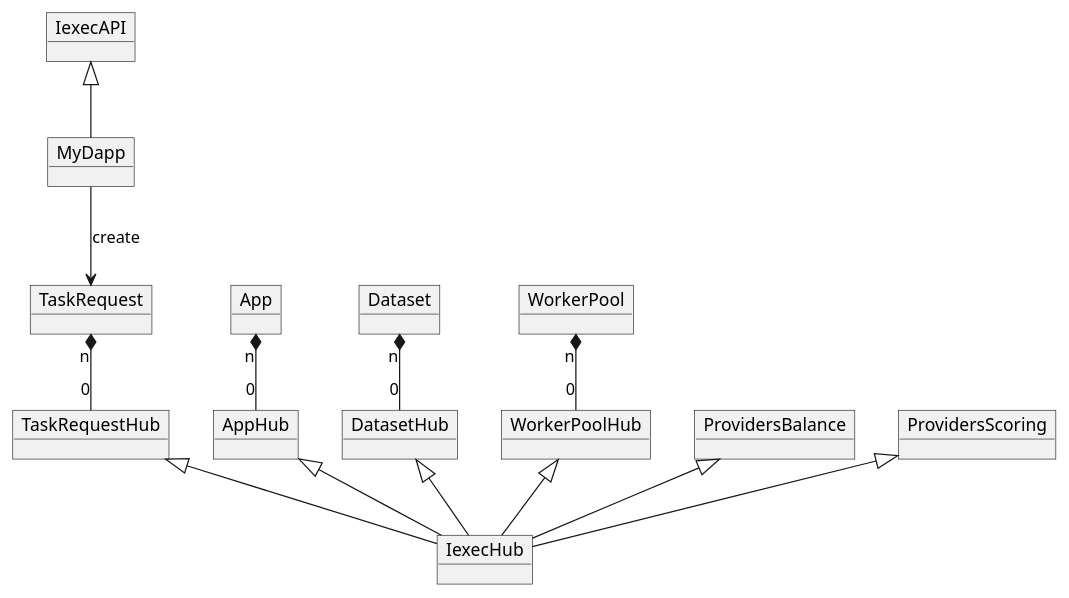
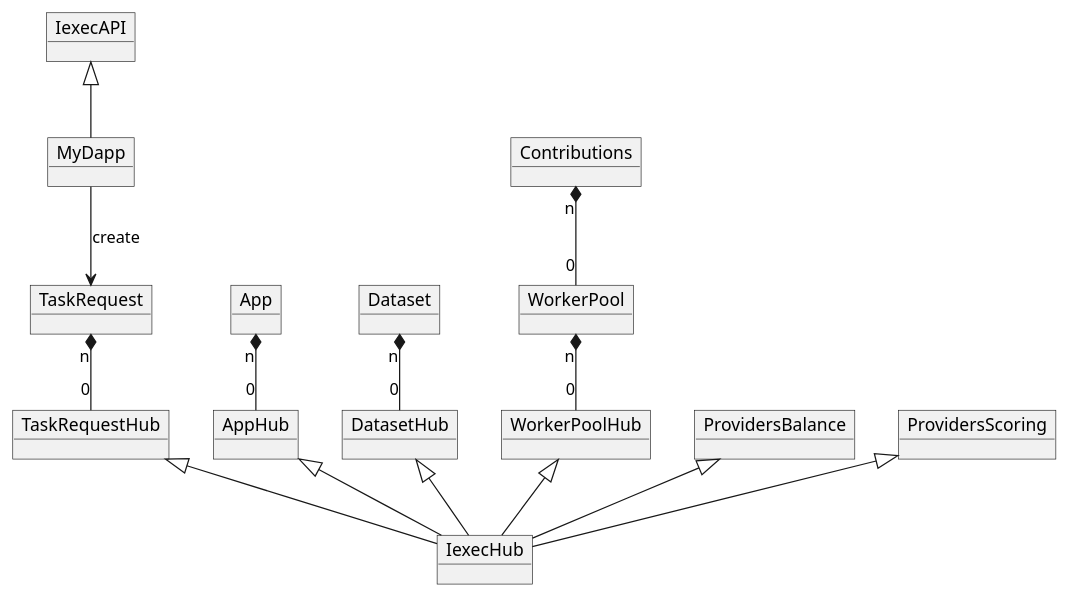
One commit to iExecBlockchainComputing/PoCo changed the diagram in v2plan/uml/ContractV2.puml. Above: the diagram before and after it, drawn with PlantUML. The commit also changed 6 other files, not shown here.

Commit message:
update uml

```diff
--- a/v2plan/uml/ContractV2.puml
+++ b/v2plan/uml/ContractV2.puml
@@ -1,36 +1,40 @@
 @startuml
 object IexecAPI
 object MyDapp
+object Contributions
 IexecAPI <|-- MyDapp
 
 object App
 object AppHub
 
 object Dataset
 object DatasetHub
 
 object TaskRequest
 object TaskRequestHub
 
 object WorkerPool
 object WorkerPoolHub
 
 object ProvidersBalance
 object ProvidersScoring
 object IexecHub
 
 AppHub <|-- IexecHub
 DatasetHub <|-- IexecHub
 WorkerPoolHub <|-- IexecHub
 TaskRequestHub <|-- IexecHub
 ProvidersBalance <|-- IexecHub
 ProvidersScoring <|-- IexecHub
 
 WorkerPool "n" *-- "0" WorkerPoolHub
 App "n" *-- "0" AppHub
 Dataset "n" *-- "0" DatasetHub
 TaskRequest "n" *-- "0" TaskRequestHub
 
+
+
 MyDapp --> TaskRequest: create
+Contributions  "n" *--"0" WorkerPool
 
 @enduml
```
